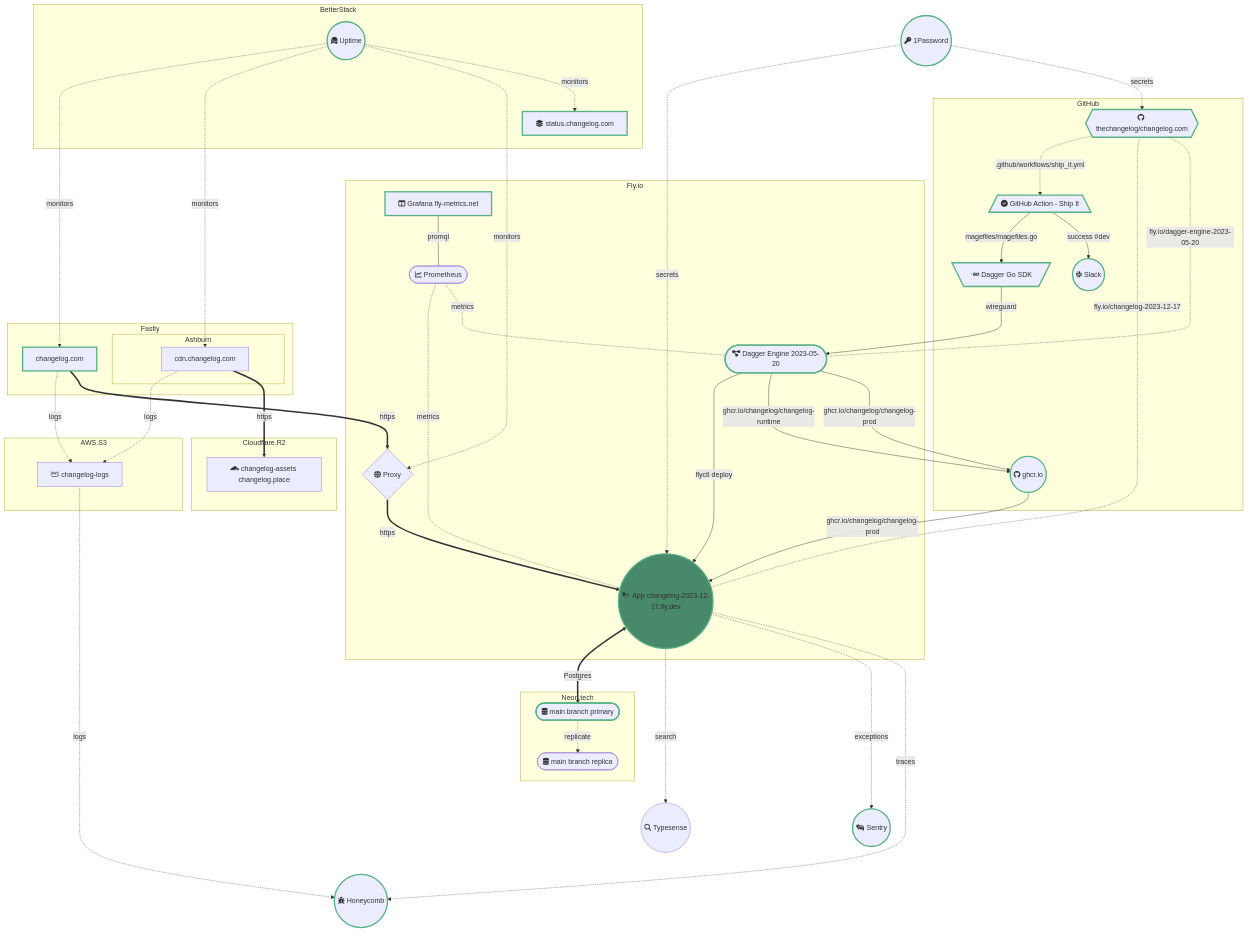
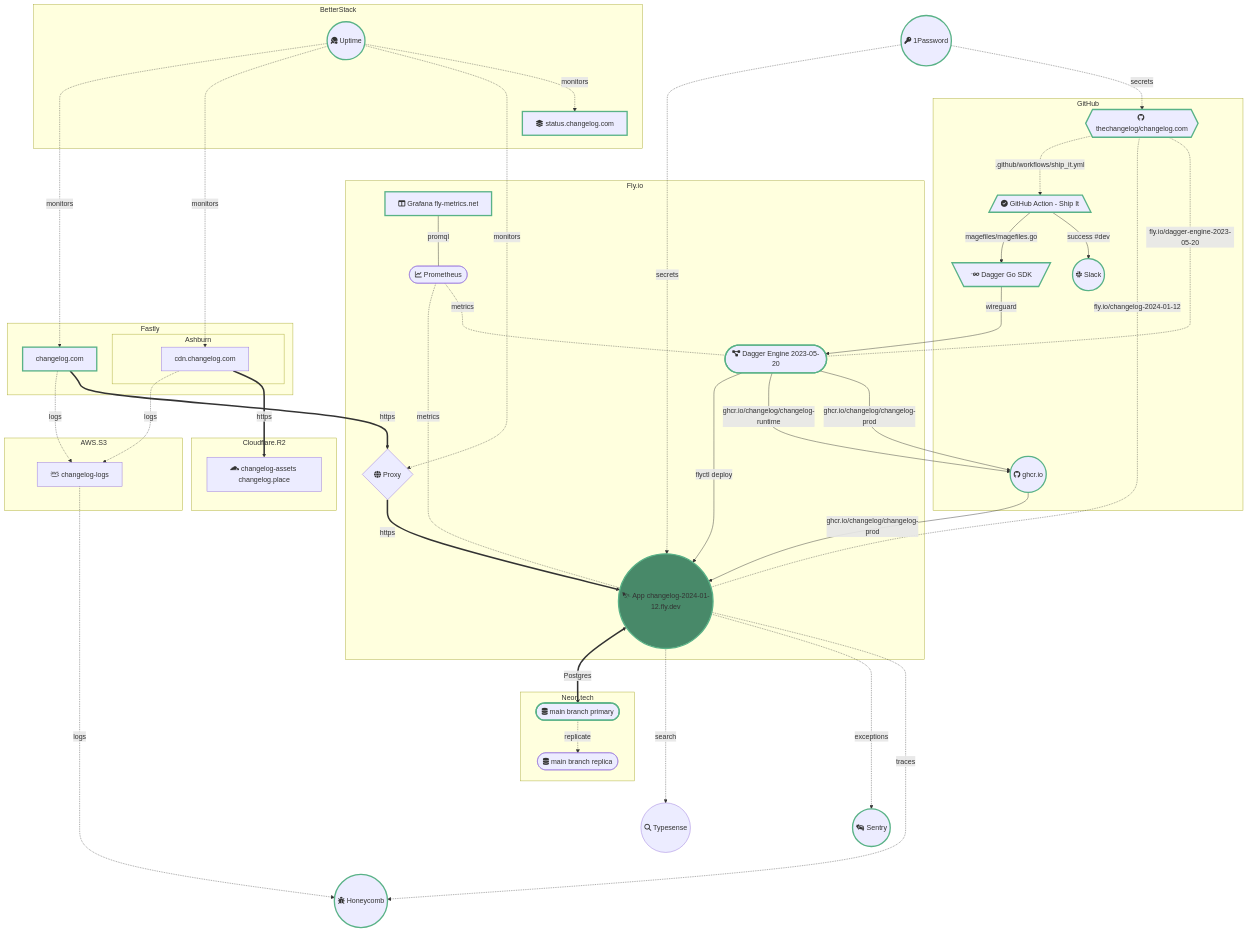
The diagram in INFRASTRUCTURE.md (thechangelog/changelog.com), drawn with Mermaid before and after one commit. The commit also changed other lines of this file and 1 other file, not shown here.

First line of the commit message:
Create new changelog-2024-01-12 app instance

```diff
--- a/INFRASTRUCTURE.md
+++ b/INFRASTRUCTURE.md
@@ -30,7 +30,7 @@
         cicd --> |success #dev| chat
     end
     
-    repo -.- |fly.io/changelog-2023-12-17| app
+    repo -.- |fly.io/changelog-2024-01-12| app
     
     registry --> |ghcr.io/changelog/changelog-prod| app
     container --> |flyctl deploy| app
@@ -45,9 +45,9 @@
         container([ fa:fa-project-diagram Dagger Engine 2023-05-20 ]):::link
         click container "https://fly.io/apps/dagger-engine-2023-05-20"
             
-        app(( fab:fa-phoenix-framework App changelog-2023-12-17.fly.dev )):::link
+        app(( fab:fa-phoenix-framework App changelog-2024-01-12.fly.dev )):::link
         style app fill:#488969;
-        click app "https://fly.io/apps/changelog-2023-12-17"
+        click app "https://fly.io/apps/changelog-2024-01-12"
 
         automation --> |wireguard| container
         container --> |ghcr.io/changelog/changelog-runtime| registry
```
